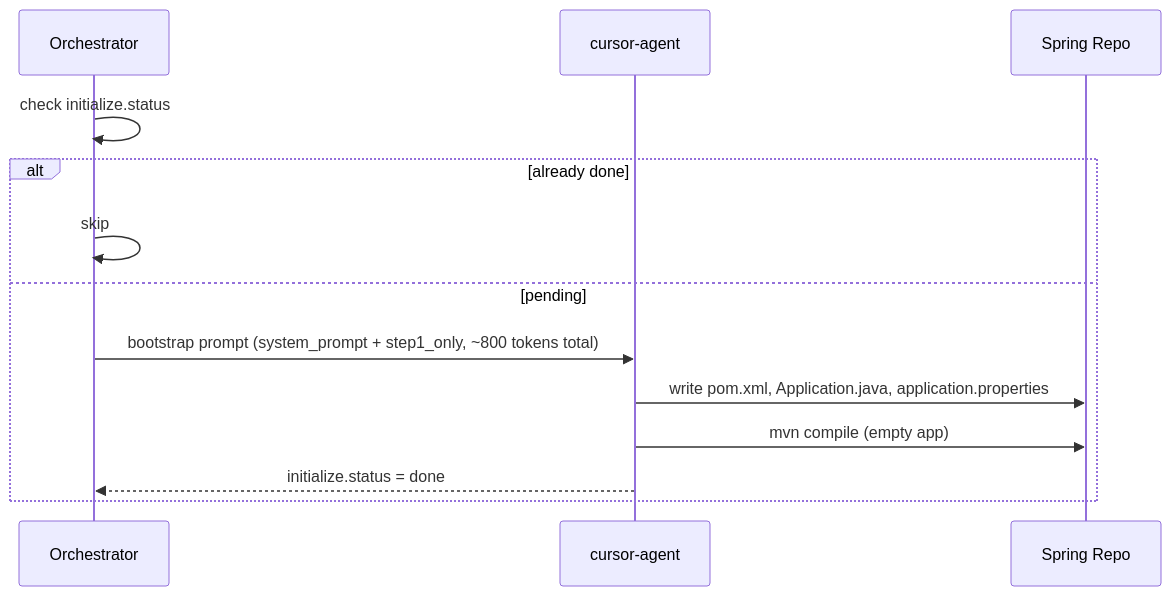
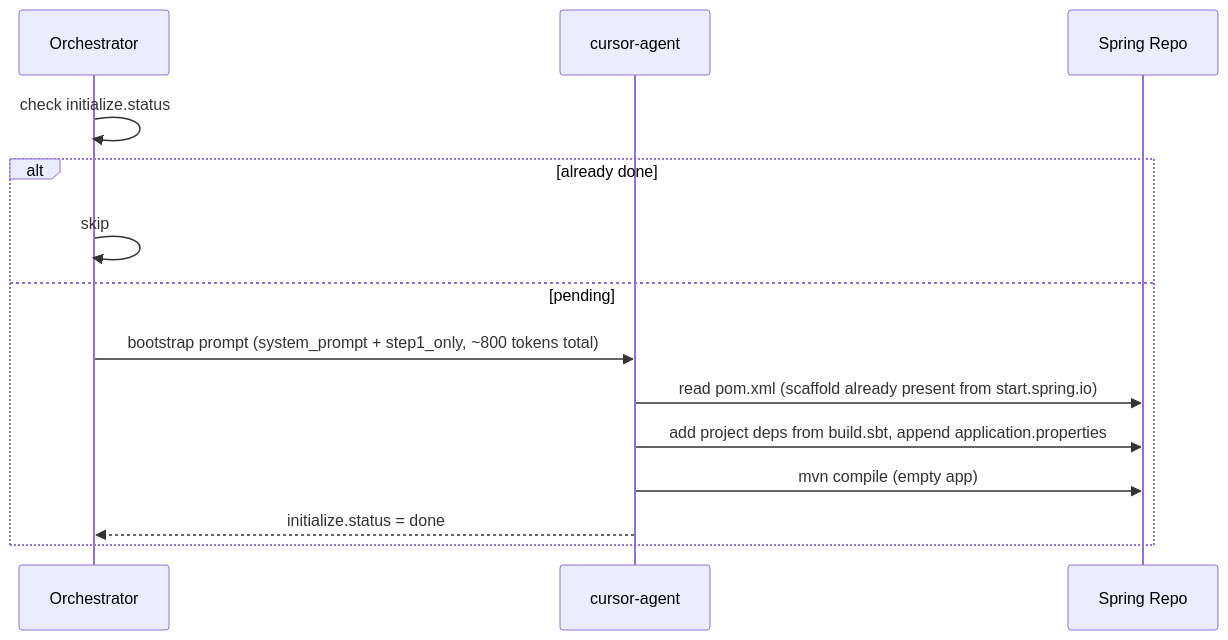
One commit to skarin7/play-to-spring-boot-migration-agent changed the third of 3 diagrams in .kiro/specs/migration-pipeline-redesign/design.md. Above: the diagram before and after it, drawn with Mermaid. The commit also changed other lines of this file and 4 other files, not shown here.

Commit message:
Added a base project for spring boot base..

````diff
--- a/.kiro/specs/migration-pipeline-redesign/design.md
+++ b/.kiro/specs/migration-pipeline-redesign/design.md
@@ -100,16 +100,17 @@
 ```mermaid
 sequenceDiagram
     participant O as Orchestrator
     participant CA as cursor-agent
     participant FS as Spring Repo
 
     O->>O: check initialize.status
     alt already done
         O->>O: skip
     else pending
         O->>CA: bootstrap prompt (system_prompt + step1_only, ~800 tokens total)
-        CA->>FS: write pom.xml, Application.java, application.properties
+        CA->>FS: read pom.xml (scaffold already present from start.spring.io)
+        CA->>FS: add project deps from build.sbt, append application.properties
         CA->>FS: mvn compile (empty app)
         CA-->>O: initialize.status = done
     end
 ```
````
